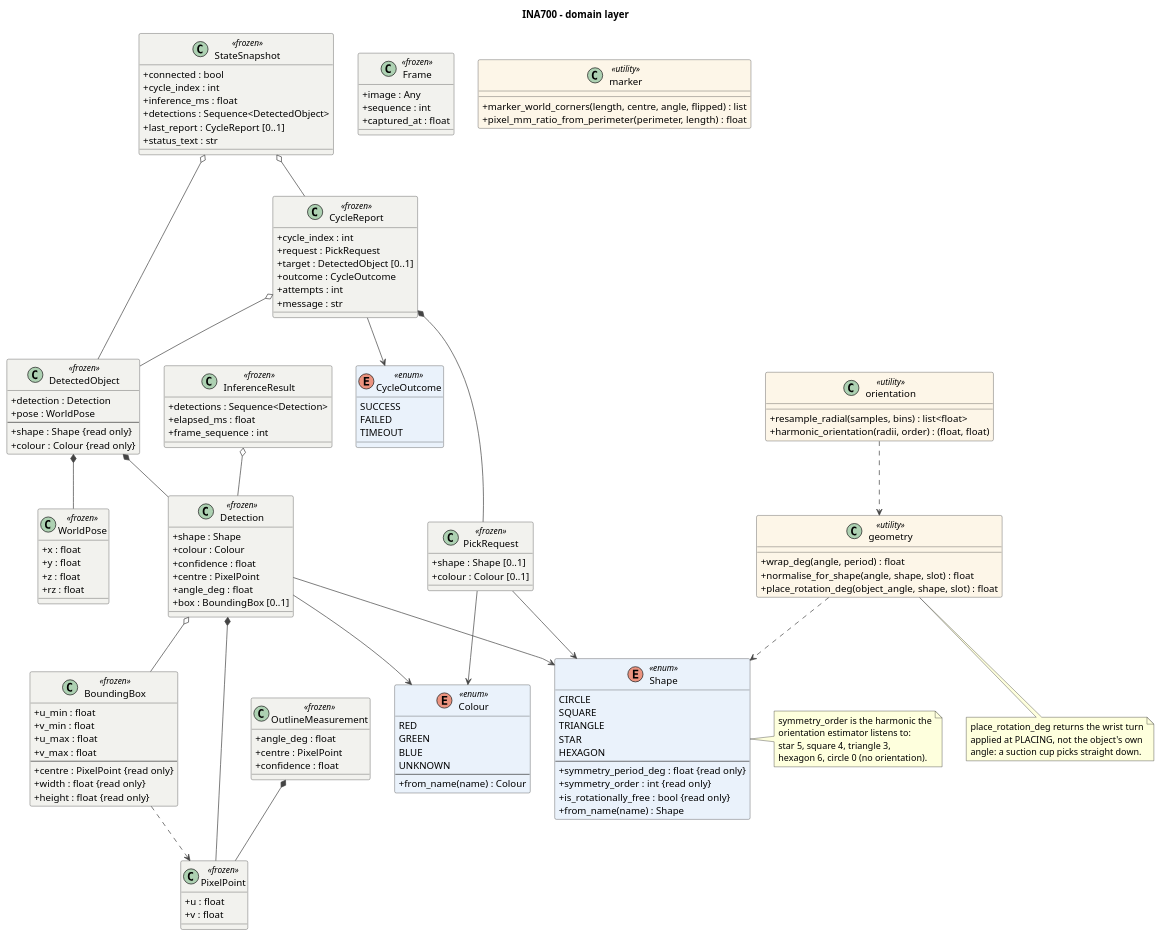
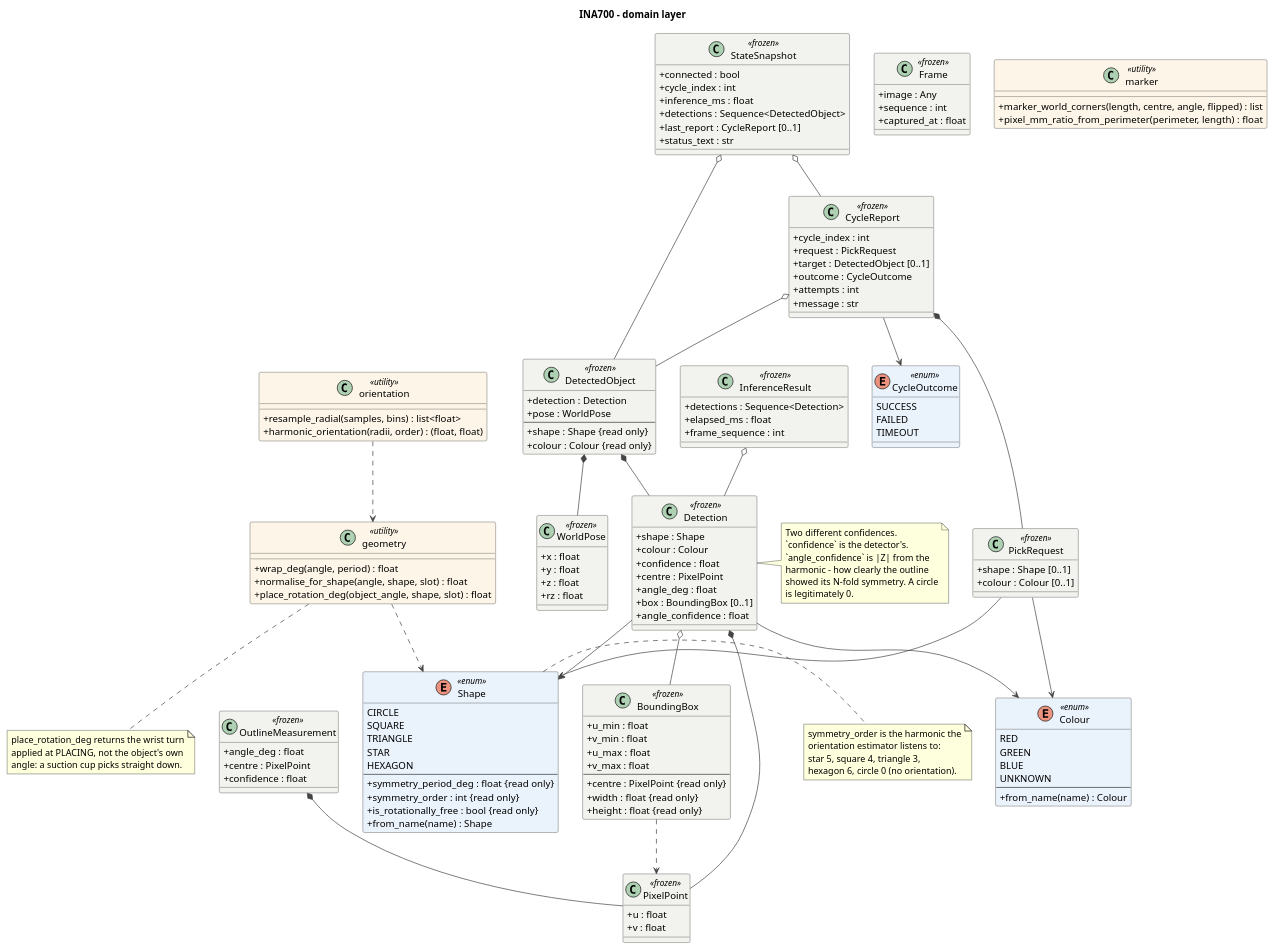
One commit to suka1901/project_industrial_automation changed the diagram in docs/uml/02-domain.puml. Above: the diagram before and after it, drawn with PlantUML. The commit also changed 4 other files, not shown here.

First line of the commit message:
Update the UML to match the code, and make it readable

```diff
--- a/docs/uml/02-domain.puml
+++ b/docs/uml/02-domain.puml
@@ -1,181 +1,190 @@
 @startuml INA700_domain
 ' INA700 - domain layer
 ' Author: Suraj Karki
 ' Course: INA700 - AI-based pick and place
 '
 ' Immutable value objects and the pure rules. This layer imports nothing
 ' outside the standard library, which is why it can be unit tested with no
 ' camera, no robot and no OpenCV.
 
 title INA700 - domain layer
 
 skinparam backgroundColor #FFFFFF
 skinparam shadowing false
 skinparam classAttributeIconSize 0
 skinparam ArrowColor #444444
 skinparam class {
   BorderColor #333333
   BackgroundColor #F2F2EE
   BackgroundColor<<enum>> #EAF2FB
   BackgroundColor<<utility>> #FDF6E8
 }
 
 enum Shape <<enum>> {
   CIRCLE
   SQUARE
   TRIANGLE
   STAR
   HEXAGON
   --
   +symmetry_period_deg : float {read only}
   +symmetry_order : int {read only}
   +is_rotationally_free : bool {read only}
   +from_name(name) : Shape
 }
 
 enum Colour <<enum>> {
   RED
   GREEN
   BLUE
   UNKNOWN
   --
   +from_name(name) : Colour
 }
 
 enum CycleOutcome <<enum>> {
   SUCCESS
   FAILED
   TIMEOUT
 }
 
 class PixelPoint <<frozen>> {
   +u : float
   +v : float
 }
 
 class BoundingBox <<frozen>> {
   +u_min : float
   +v_min : float
   +u_max : float
   +v_max : float
   --
   +centre : PixelPoint {read only}
   +width : float {read only}
   +height : float {read only}
 }
 
 class Frame <<frozen>> {
   +image : Any
   +sequence : int
   +captured_at : float
 }
 
 class Detection <<frozen>> {
   +shape : Shape
   +colour : Colour
   +confidence : float
   +centre : PixelPoint
   +angle_deg : float
   +box : BoundingBox [0..1]
+  +angle_confidence : float
 }
+note right of Detection
+  Two different confidences.
+  `confidence` is the detector's.
+  `angle_confidence` is |Z| from the
+  harmonic - how clearly the outline
+  showed its N-fold symmetry. A circle
+  is legitimately 0.
+end note
 
 class OutlineMeasurement <<frozen>> {
   +angle_deg : float
   +centre : PixelPoint
   +confidence : float
 }
 
 class WorldPose <<frozen>> {
   +x : float
   +y : float
   +z : float
   +rz : float
 }
 
 class DetectedObject <<frozen>> {
   +detection : Detection
   +pose : WorldPose
   --
   +shape : Shape {read only}
   +colour : Colour {read only}
 }
 
 class InferenceResult <<frozen>> {
   +detections : Sequence<Detection>
   +elapsed_ms : float
   +frame_sequence : int
 }
 
 class PickRequest <<frozen>> {
   +shape : Shape [0..1]
   +colour : Colour [0..1]
 }
 
 class CycleReport <<frozen>> {
   +cycle_index : int
   +request : PickRequest
   +target : DetectedObject [0..1]
   +outcome : CycleOutcome
   +attempts : int
   +message : str
 }
 
 class StateSnapshot <<frozen>> {
   +connected : bool
   +cycle_index : int
   +inference_ms : float
   +detections : Sequence<DetectedObject>
   +last_report : CycleReport [0..1]
   +status_text : str
 }
 
 class geometry <<utility>> {
   +wrap_deg(angle, period) : float
   +normalise_for_shape(angle, shape, slot) : float
   +place_rotation_deg(object_angle, shape, slot) : float
 }
 
 class orientation <<utility>> {
   +resample_radial(samples, bins) : list<float>
   +harmonic_orientation(radii, order) : (float, float)
 }
 
 class marker <<utility>> {
   +marker_world_corners(length, centre, angle, flipped) : list
   +pixel_mm_ratio_from_perimeter(perimeter, length) : float
 }
 
 Detection *-- PixelPoint
 Detection o-- BoundingBox
 Detection --> Shape
 Detection --> Colour
 OutlineMeasurement *-- PixelPoint
 BoundingBox ..> PixelPoint
 DetectedObject *-- Detection
 DetectedObject *-- WorldPose
 InferenceResult o-- Detection
 PickRequest --> Shape
 PickRequest --> Colour
 CycleReport *-- PickRequest
 CycleReport o-- DetectedObject
 CycleReport --> CycleOutcome
 StateSnapshot o-- DetectedObject
 StateSnapshot o-- CycleReport
 
 geometry ..> Shape
 orientation ..> geometry
 
 note right of Shape
   symmetry_order is the harmonic the
   orientation estimator listens to:
   star 5, square 4, triangle 3,
   hexagon 6, circle 0 (no orientation).
 end note
 
 note bottom of geometry
   place_rotation_deg returns the wrist turn
   applied at PLACING, not the object's own
   angle: a suction cup picks straight down.
 end note
 
 @enduml
```
